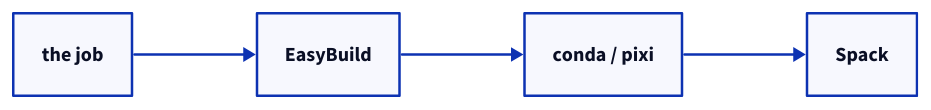
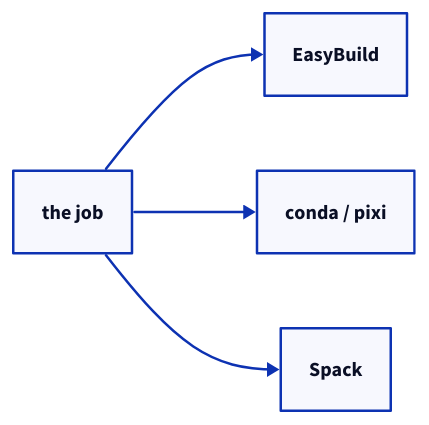
One commit to HaoZeke/what-easybuild-is-doing changed the diagram in source/_static/diagrams/afterword-when-easybuild-is-the-wrong-tool-2.d2. Above: the diagram before and after it, drawn with D2. The commit also changed 15 other files, not shown here.

```diff
--- a/source/_static/diagrams/afterword-when-easybuild-is-the-wrong-tool-2.d2
+++ b/source/_static/diagrams/afterword-when-easybuild-is-the-wrong-tool-2.d2
@@ -1,8 +1,8 @@
 direction: right
 n0: "the job"
 n1: "EasyBuild"
 n2: "conda / pixi"
 n3: "Spack"
 n0 -> n1
-n1 -> n2
-n2 -> n3
+n0 -> n2
+n0 -> n3
```
